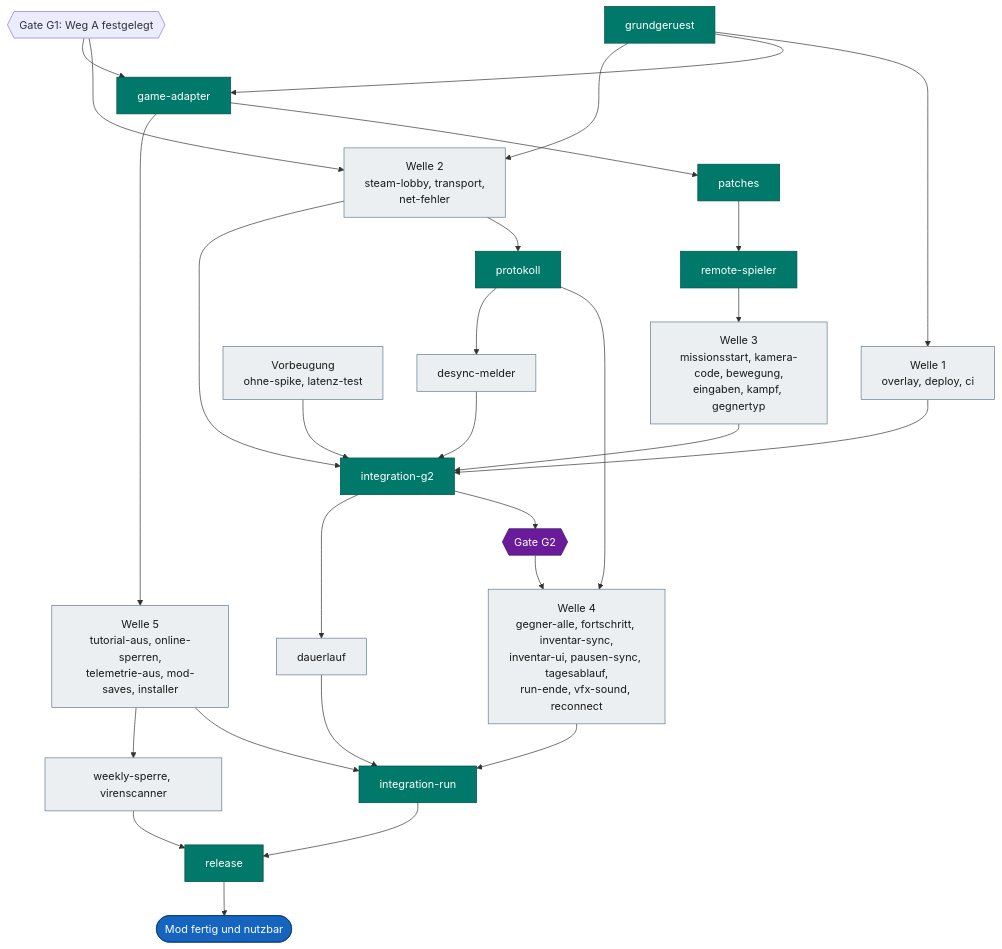
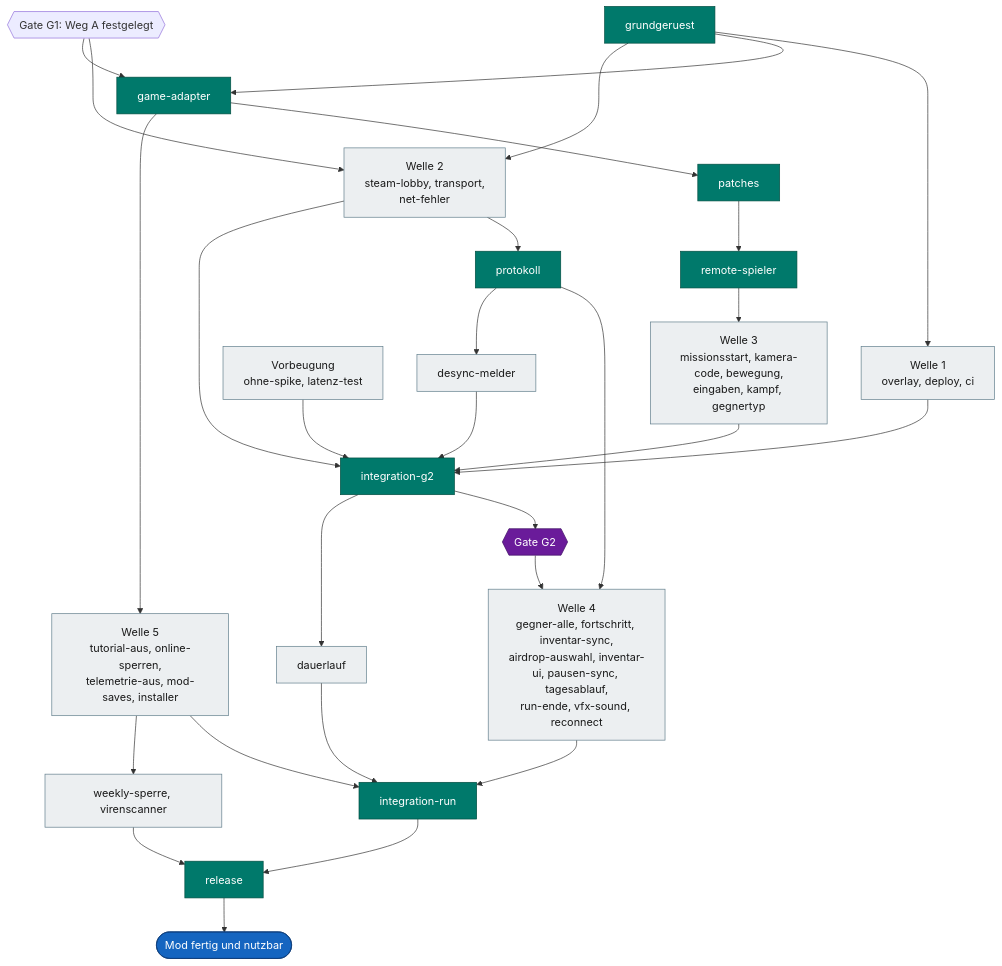
One commit to VitaminStack/Deadly-Days-Roadtrip-Multiplayer-Mod changed the fourth of 4 diagrams in docs/ROADMAP.md. Above: the diagram before and after it, drawn with Mermaid. The commit also changed 4 other files, not shown here.

First line of the commit message:
todo-airdrop-auswahl: neue Aufgabe airdrop-auswahl über das native Koop-Reward-System (#92)

````diff
--- a/docs/ROADMAP.md
+++ b/docs/ROADMAP.md
@@ -234,31 +234,31 @@
 ```mermaid
 flowchart TD
     GR["grundgeruest"]:::central --> W1["Welle 1<br/>overlay, deploy, ci"]:::open
     GR --> GA["game-adapter"]:::central
     G1{{"Gate G1: Weg A festgelegt"}}:::done --> W2["Welle 2<br/>steam-lobby, transport,<br/>net-fehler"]:::open
     GR --> W2
     G1 --> GA
     GA --> PT["patches"]:::central --> RS["remote-spieler"]:::central
     GA --> W5["Welle 5<br/>tutorial-aus, online-sperren,<br/>telemetrie-aus, mod-saves, installer"]:::open
     RS --> W3["Welle 3<br/>missionsstart, kamera-code, bewegung,<br/>eingaben, kampf, gegnertyp"]:::open
     W1 --> IG["integration-g2"]:::central
     W2 --> PR["protokoll"]:::central
     W2 --> IG
     W3 --> IG
     IG --> G2{{"Gate G2"}}:::gate
-    PR --> W4["Welle 4<br/>gegner-alle, fortschritt, inventar-sync,<br/>inventar-ui, pausen-sync, tagesablauf,<br/>run-ende, vfx-sound, reconnect"]:::open
+    PR --> W4["Welle 4<br/>gegner-alle, fortschritt, inventar-sync,<br/>airdrop-auswahl, inventar-ui, pausen-sync, tagesablauf,<br/>run-ende, vfx-sound, reconnect"]:::open
     G2 --> W4
     W4 --> IR["integration-run"]:::central
     W5 --> IR
     RV["Vorbeugung<br/>ohne-spike, latenz-test"]:::open --> IG
     PR --> DS["desync-melder"]:::open --> IG
     IG --> DL["dauerlauf"]:::open --> IR
     W5 --> W6["weekly-sperre, virenscanner"]:::open --> RL
     IR --> RL["release"]:::central
     RL --> Z(["Mod fertig und nutzbar"]):::goal
 
     classDef central fill:#00796b,stroke:#004d40,color:#ffffff
     classDef open fill:#eceff1,stroke:#607d8b,color:#1a1a1a
     classDef gate fill:#6a1b9a,stroke:#3e1163,color:#ffffff
     classDef goal fill:#1565c0,stroke:#0d3c78,color:#ffffff
 ```
````
